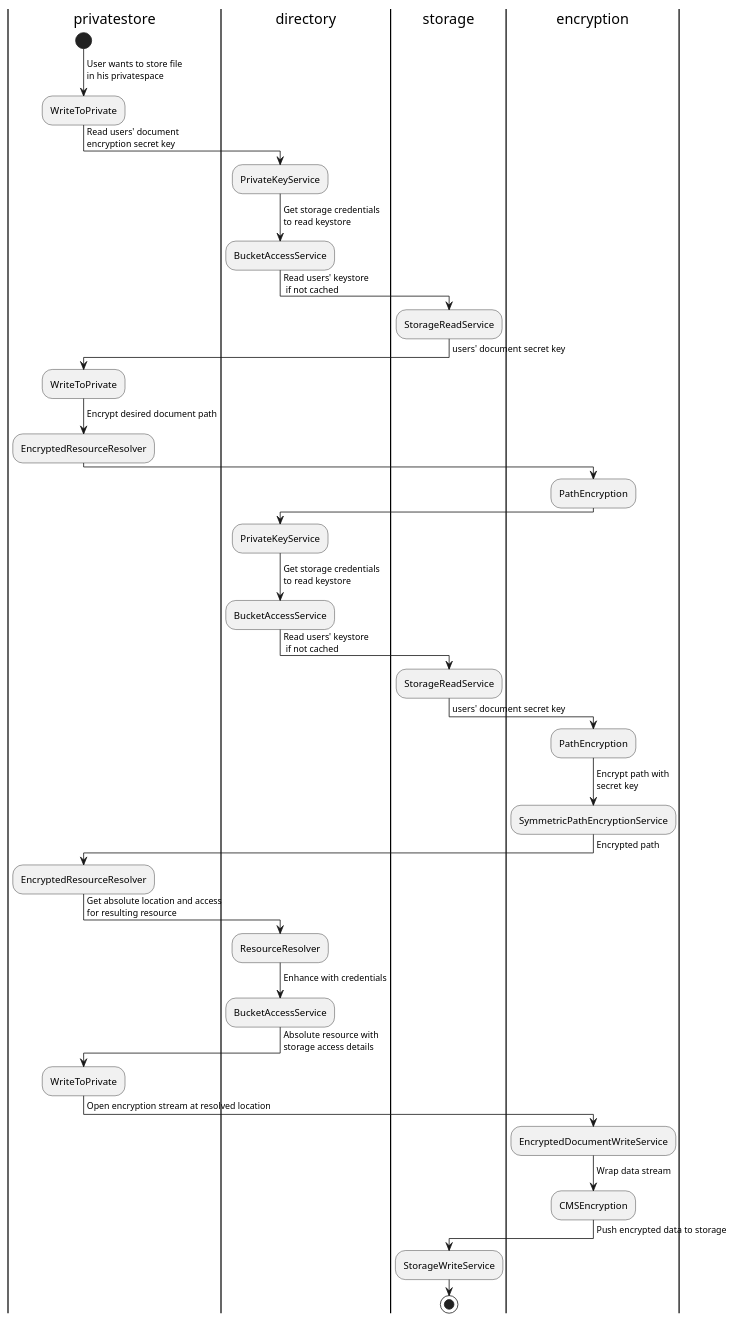
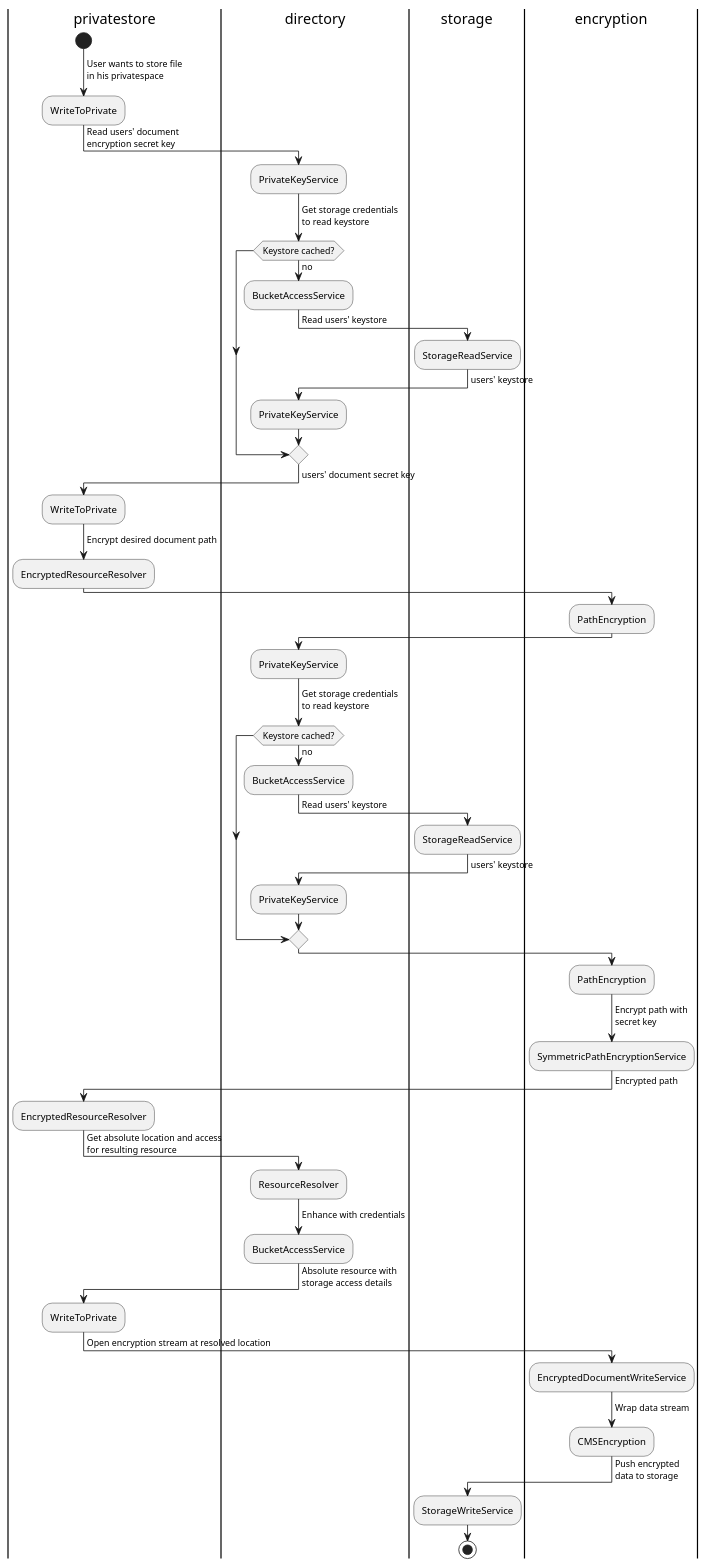
One commit to adorsys/datasafe changed the diagram in docs/diagrams/high_level_private_write.puml. Above: the diagram before and after it, drawn with PlantUML.

Commit message:
DOC-170. Added cached condition

```diff
--- a/docs/diagrams/high_level_private_write.puml
+++ b/docs/diagrams/high_level_private_write.puml
@@ -1,55 +1,68 @@
 @startuml
 
 |privatestore|
 start
 -> User wants to store file\nin his privatespace;
 :WriteToPrivate;
 -> Read users' document\nencryption secret key;
 |directory|
 :PrivateKeyService;
 -> Get storage credentials\nto read keystore;
+if (Keystore cached?) then
+else (no)
+|directory|
 :BucketAccessService;
--> Read users' keystore\n if not cached;
+-> Read users' keystore;
 |storage|
 :StorageReadService;
+-> users' keystore;
+|directory|
+:PrivateKeyService;
+endif
 -> users' document secret key;
 |privatestore|
 :WriteToPrivate;
 -> Encrypt desired document path;
 :EncryptedResourceResolver;
 |encryption|
 :PathEncryption;
 |directory|
 :PrivateKeyService;
 -> Get storage credentials\nto read keystore;
+if (Keystore cached?) then
+else (no)
+|directory|
 :BucketAccessService;
--> Read users' keystore\n if not cached;
+-> Read users' keystore;
 |storage|
 :StorageReadService;
--> users' document secret key;
+-> users' keystore;
+|directory|
+:PrivateKeyService;
+endif
 |encryption|
 :PathEncryption;
 -> Encrypt path with\nsecret key;
 :SymmetricPathEncryptionService;
 -> Encrypted path;
 |privatestore|
 :EncryptedResourceResolver;
 |directory|
 -> Get absolute location and access\nfor resulting resource;
 :ResourceResolver;
 -> Enhance with credentials;
 :BucketAccessService;
 |privatestore|
 -> Absolute resource with\nstorage access details;
 :WriteToPrivate;
 |encryption|
 -> Open encryption stream at resolved location;
 :EncryptedDocumentWriteService;
 -> Wrap data stream;
 :CMSEncryption;
 |storage|
--> Push encrypted data to storage;
+-> Push encrypted\ndata to storage;
 :StorageWriteService;
 stop
 
 @enduml
```
